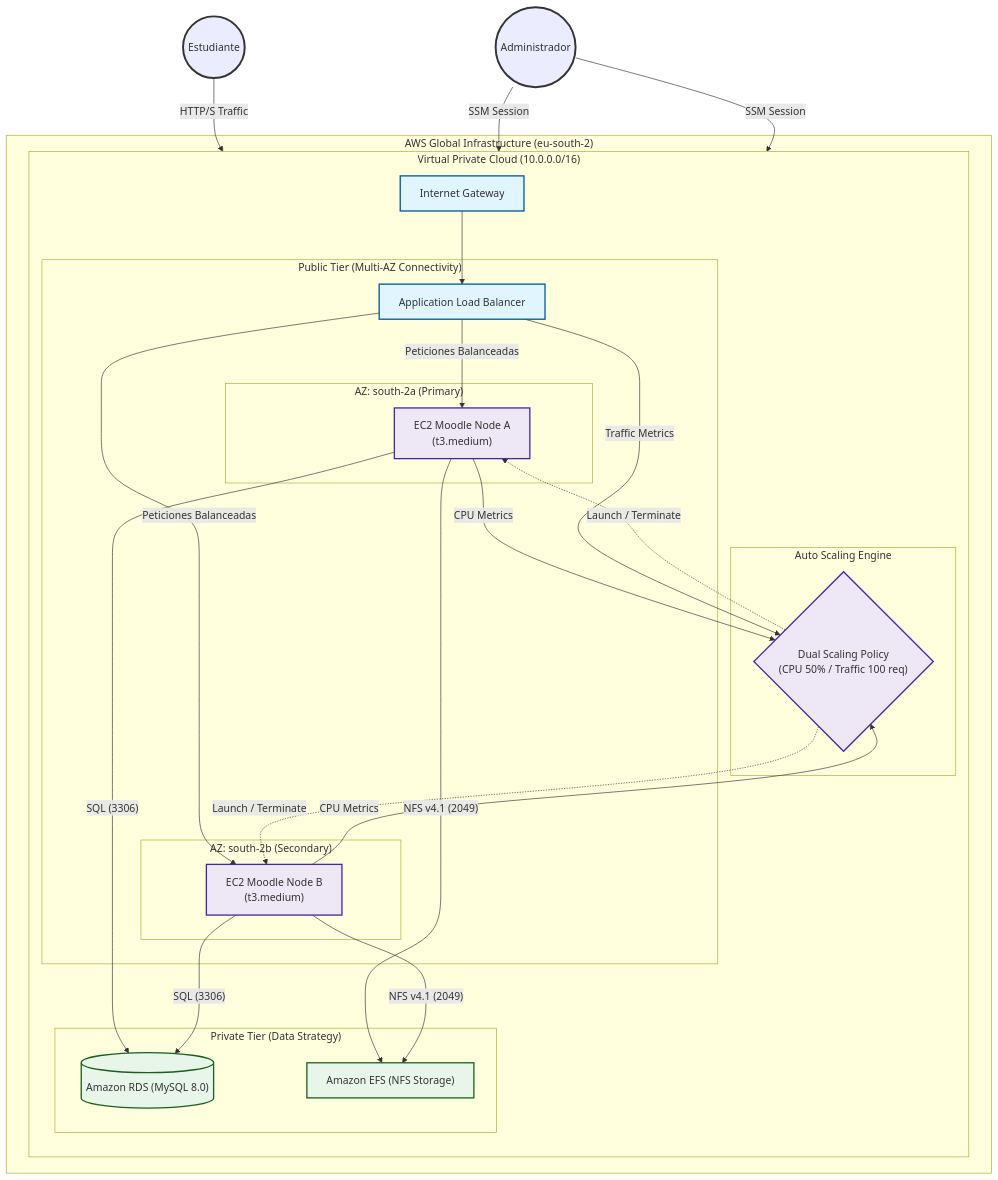
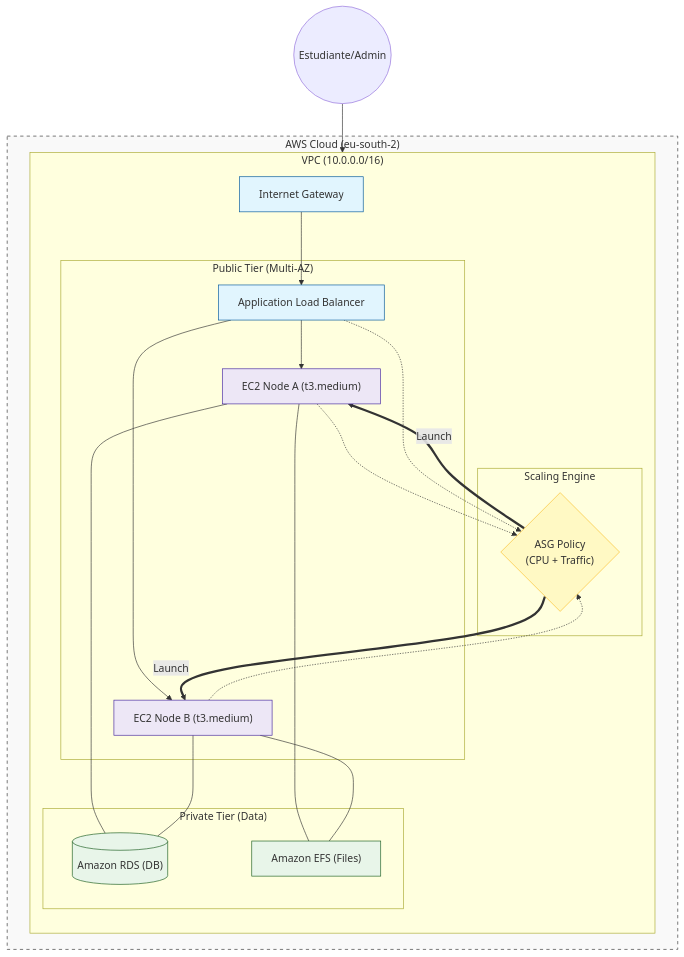
The diagram in docs/architecture_diagram.md (Madaru69/TFG), drawn with Mermaid before and after one commit.

Commit message:
docs: use bulletproof Mermaid syntax to avoid AI rendering errors 📐🛡️

````diff
--- a/docs/architecture_diagram.md
+++ b/docs/architecture_diagram.md
@@ -5,69 +5,55 @@
 ```mermaid
 flowchart TB
-    %% --- ESTILOS PROFESIONALES ---
-    classDef cloud fill:#f1f2f3,stroke:#3498db,stroke-width:2px,stroke-dasharray: 5 5;
-    classDef network fill:#e1f5fe,stroke:#01579b,stroke-width:2px;
-    classDef compute fill:#ede7f6,stroke:#4527a0,stroke-width:2px;
-    classDef storage fill:#e8f5e9,stroke:#1b5e20,stroke-width:2px;
-    classDef user stroke:#333,stroke-width:3px;
-
     %% --- ACTORES ---
-    Alumno((Estudiante)):::user
-    Admin((Administrador)):::user
-
-    subgraph "AWS Global Infrastructure (eu-south-2)"
-        subgraph "Virtual Private Cloud (10.0.0.0/16)"
+    User((Estudiante/Admin))
+    
+    subgraph cloud ["AWS Cloud (eu-south-2)"]
+        subgraph vpc ["VPC (10.0.0.0/16)"]
             direction TB
-            IGW["Internet Gateway"]:::network
+            IGW["Internet Gateway"]
             
-            subgraph "Public Tier (Multi-AZ Connectivity)"
-                ALB["Application Load Balancer"]:::network
-                
-                subgraph "AZ: south-2a (Primary)"
-                    EC2A["EC2 Moodle Node A<br/>(t3.medium)"]:::compute
-                end
-
-                subgraph "AZ: south-2b (Secondary)"
-                    EC2B["EC2 Moodle Node B<br/>(t3.medium)"]:::compute
-                end
+            subgraph public ["Public Tier (Multi-AZ)"]
+                ALB["Application Load Balancer"]
+                EC2A["EC2 Node A (t3.medium)"]
+                EC2B["EC2 Node B (t3.medium)"]
             end
 
-            subgraph "Auto Scaling Engine"
-                ASGBrain{"Dual Scaling Policy<br/>(CPU 50% / Traffic 100 req)"}:::compute
+            subgraph engine ["Scaling Engine"]
+                ASGBrain{"ASG Policy<br/>(CPU + Traffic)"}
             end
 
-            subgraph "Private Tier (Data Strategy)"
-                RDS[("Amazon RDS (MySQL 8.0)")]:::storage
-                EFS["Amazon EFS (NFS Storage)"]:::storage
+            subgraph private ["Private Tier (Data)"]
+                RDS[("Amazon RDS (DB)")]
+                EFS["Amazon EFS (Files)"]
             end
         end
     end
 
-    %% --- FLUJO DE DATOS ---
-    Alumno -- "HTTP/S Traffic" --> IGW
-    IGW --> ALB
+    %% --- FLUJO ---
+    User --> IGW --> ALB
+    ALB --> EC2A
+    ALB --> EC2B
     
-    ALB -- "Peticiones Balanceadas" --> EC2A
-    ALB -- "Peticiones Balanceadas" --> EC2B
-    
-    %% --- INTELIGENCIA DE ESCALADO ---
-    EC2A -- "CPU Metrics" --> ASGBrain
-    EC2B -- "CPU Metrics" --> ASGBrain
-    ALB -- "Traffic Metrics" --> ASGBrain
-    ASGBrain -. "Launch / Terminate" .-> EC2A
-    ASGBrain -. "Launch / Terminate" .-> EC2B
+    %% --- ESCALADO ---
+    EC2A -.-> ASGBrain
+    EC2B -.-> ASGBrain
+    ALB -.-> ASGBrain
+    ASGBrain == Launch ==> EC2A
+    ASGBrain == Launch ==> EC2B
 
-    EC2A -- "SQL (3306)" --> RDS
-    EC2B -- "SQL (3306)" --> RDS
-    
-    EC2A -- "NFS v4.1 (2049)" --> EFS
-    EC2B -- "NFS v4.1 (2049)" --> EFS
+    %% --- DATOS ---
+    EC2A --- RDS
+    EC2B --- RDS
+    EC2A --- EFS
+    EC2B --- EFS
 
-    Admin -- "SSM Session" --> EC2A
-    Admin -- "SSM Session" --> EC2B
-
-    %% --- CLASES DE ESTILO ---
-    class IGW,ALB network;
-    class EC2A,EC2B compute;
-    class RDS,EFS storage;
+    %% --- ESTILOS ---
+    style IGW fill:#e1f5fe,stroke:#01579b
+    style ALB fill:#e1f5fe,stroke:#01579b
+    style EC2A fill:#ede7f6,stroke:#4527a0
+    style EC2B fill:#ede7f6,stroke:#4527a0
+    style ASGBrain fill:#fff9c4,stroke:#fbc02d
+    style RDS fill:#e8f5e9,stroke:#1b5e20
+    style EFS fill:#e8f5e9,stroke:#1b5e20
+    style cloud fill:#f9f9f9,stroke:#333,stroke-dasharray: 5 5
 ```
````
